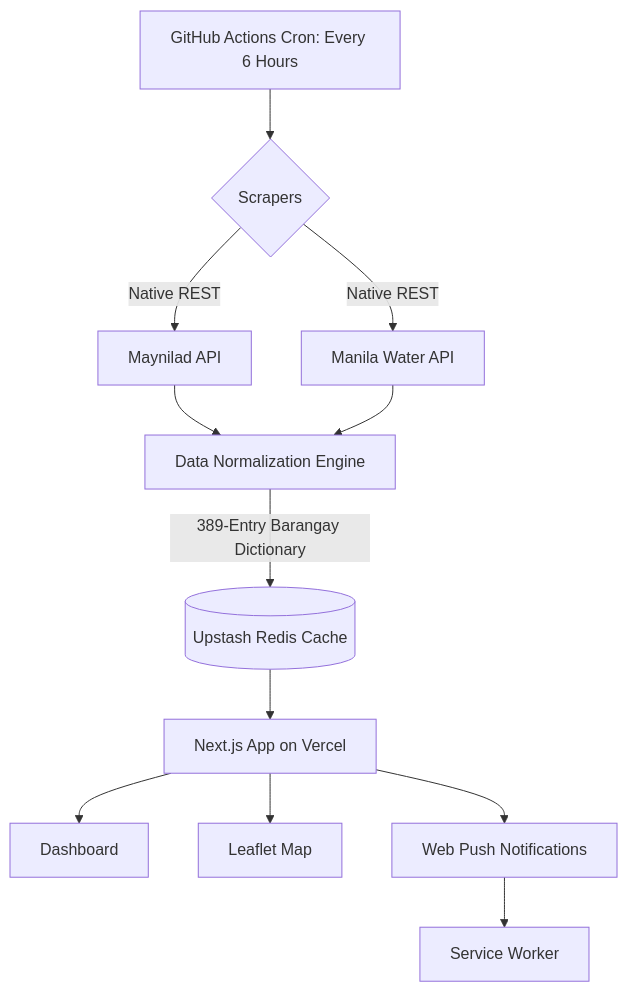
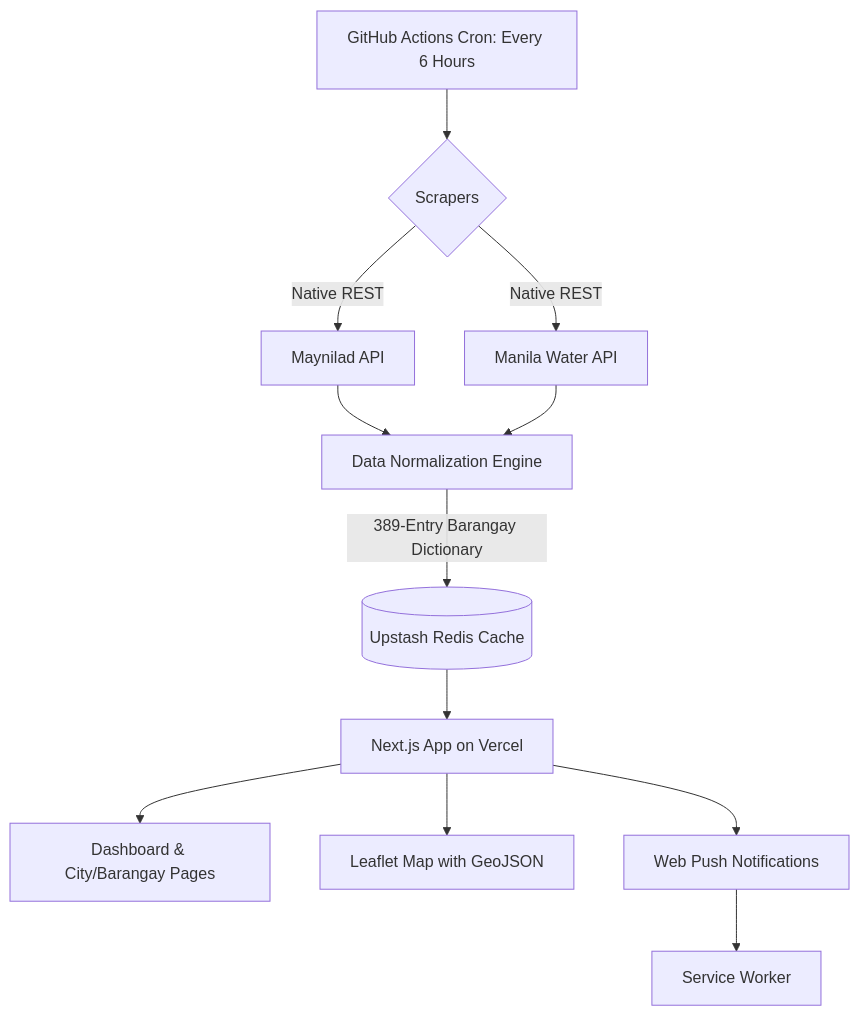
The diagram in README.md (LeafBolt8/tubigwatch), drawn with Mermaid before and after one commit. The commit also changed other lines of this file, not shown here.

Commit message:
docs: final comprehensive README with architecture and testing details

````diff
--- a/README.md
+++ b/README.md
@@ -15,14 +14,14 @@
 ```mermaid
 graph TD
     A[GitHub Actions Cron: Every 6 Hours] --> B{Scrapers}
     B -->|Native REST| C[Maynilad API]
     B -->|Native REST| D[Manila Water API]
     C --> E[Data Normalization Engine]
     D --> E
     E -->|389-Entry Barangay Dictionary| F[(Upstash Redis Cache)]
     F --> G[Next.js App on Vercel]
-    G --> H[Dashboard]
-    G --> I[Leaflet Map]
+    G --> H[Dashboard & City/Barangay Pages]
+    G --> I[Leaflet Map with GeoJSON]
     G --> J[Web Push Notifications]
     J --> K[Service Worker]
 ```
````
